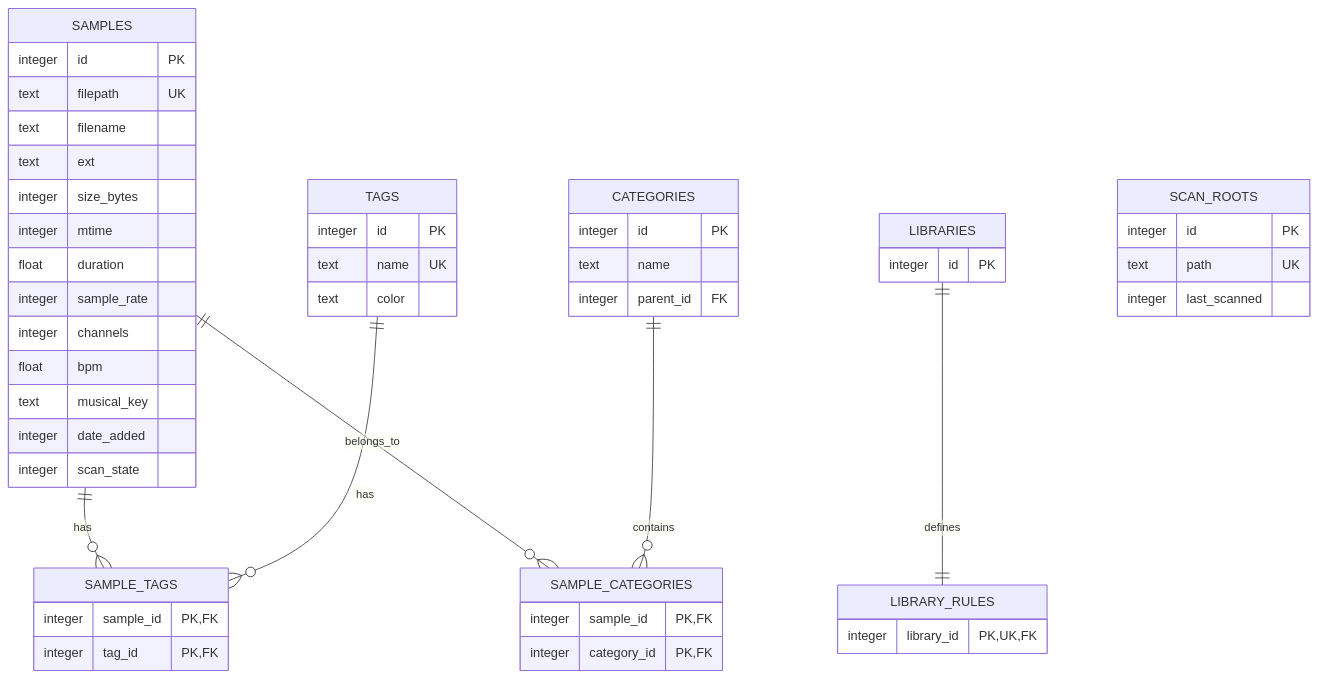
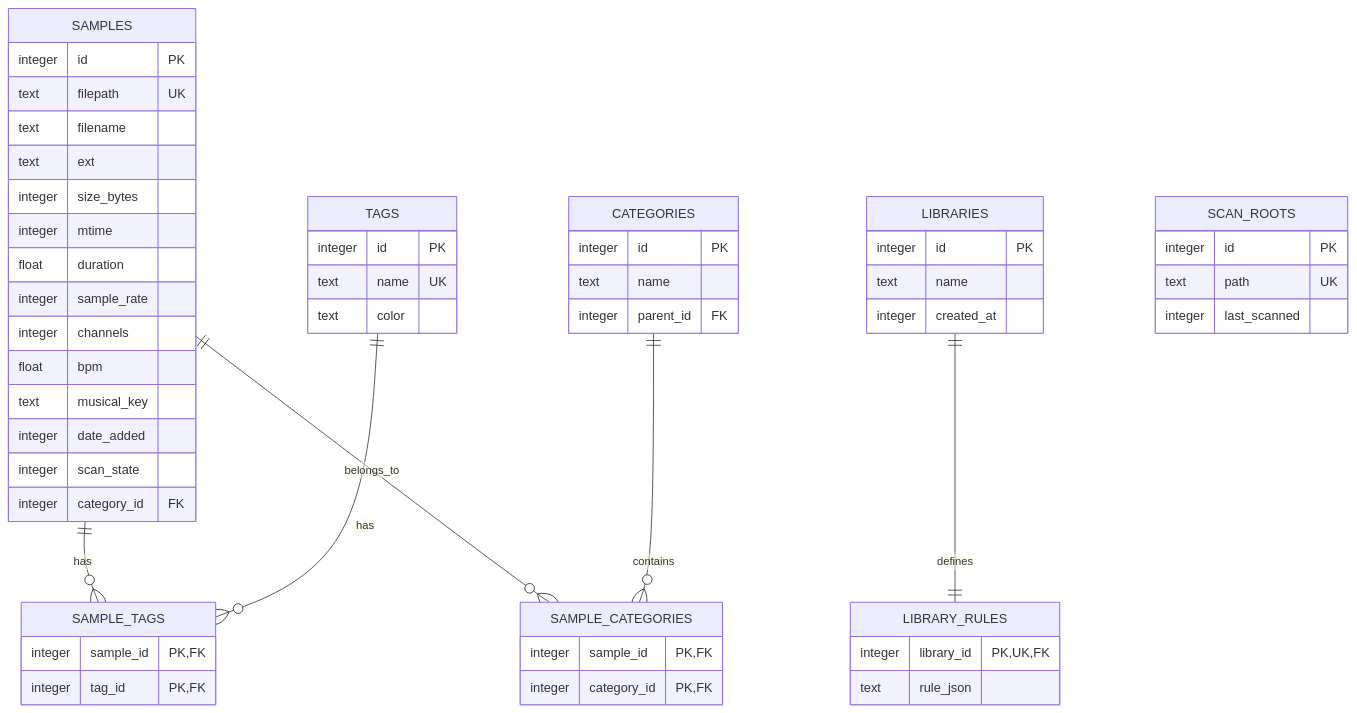
Before and after one commit to satyrlord/mixjam-electron: the third of 4 diagrams in .qoder/repowiki/en/content/Data Management.md, drawn with Mermaid. The commit also changed other lines of this file and 104 other files, not shown here.

First line of the commit message:
fix(config): update markdownlint schema and cleanup ignored paths

````diff
--- a/.qoder/repowiki/en/content/Data Management.md
+++ b/.qoder/repowiki/en/content/Data Management.md
@@ -113,52 +151,56 @@
 ```mermaid
 erDiagram
 SAMPLES {
 integer id PK
 text filepath UK
 text filename
 text ext
 integer size_bytes
 integer mtime
 float duration
 integer sample_rate
 integer channels
 float bpm
 text musical_key
 integer date_added
 integer scan_state
+integer category_id FK
 }
 TAGS {
 integer id PK
 text name UK
 text color
 }
 SAMPLE_TAGS {
 integer sample_id PK,FK
 integer tag_id PK,FK
 }
 CATEGORIES {
 integer id PK
 text name
 integer parent_id FK
 }
 SAMPLE_CATEGORIES {
 integer sample_id PK,FK
 integer category_id PK,FK
 }
 LIBRARIES {
 integer id PK
+text name
+integer created_at
 }
 LIBRARY_RULES {
 integer library_id PK,UK,FK
+text rule_json
 }
 SCAN_ROOTS {
 integer id PK
 text path UK
 integer last_scanned
 }
 SAMPLES ||--o{ SAMPLE_TAGS : "has"
 TAGS ||--o{ SAMPLE_TAGS : "has"
 SAMPLES ||--o{ SAMPLE_CATEGORIES : "belongs_to"
 CATEGORIES ||--o{ SAMPLE_CATEGORIES : "contains"
 LIBRARIES ||--|| LIBRARY_RULES : "defines"
 ```
````
